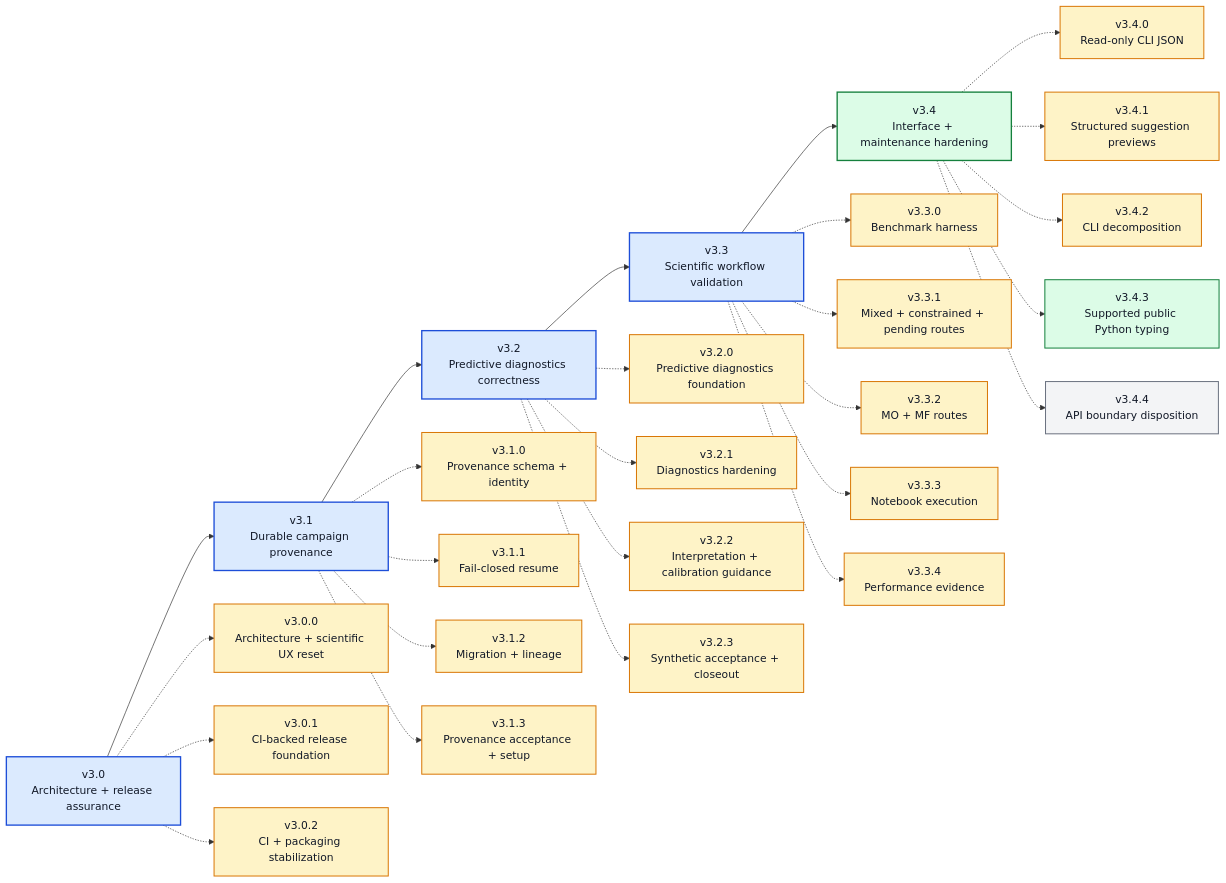
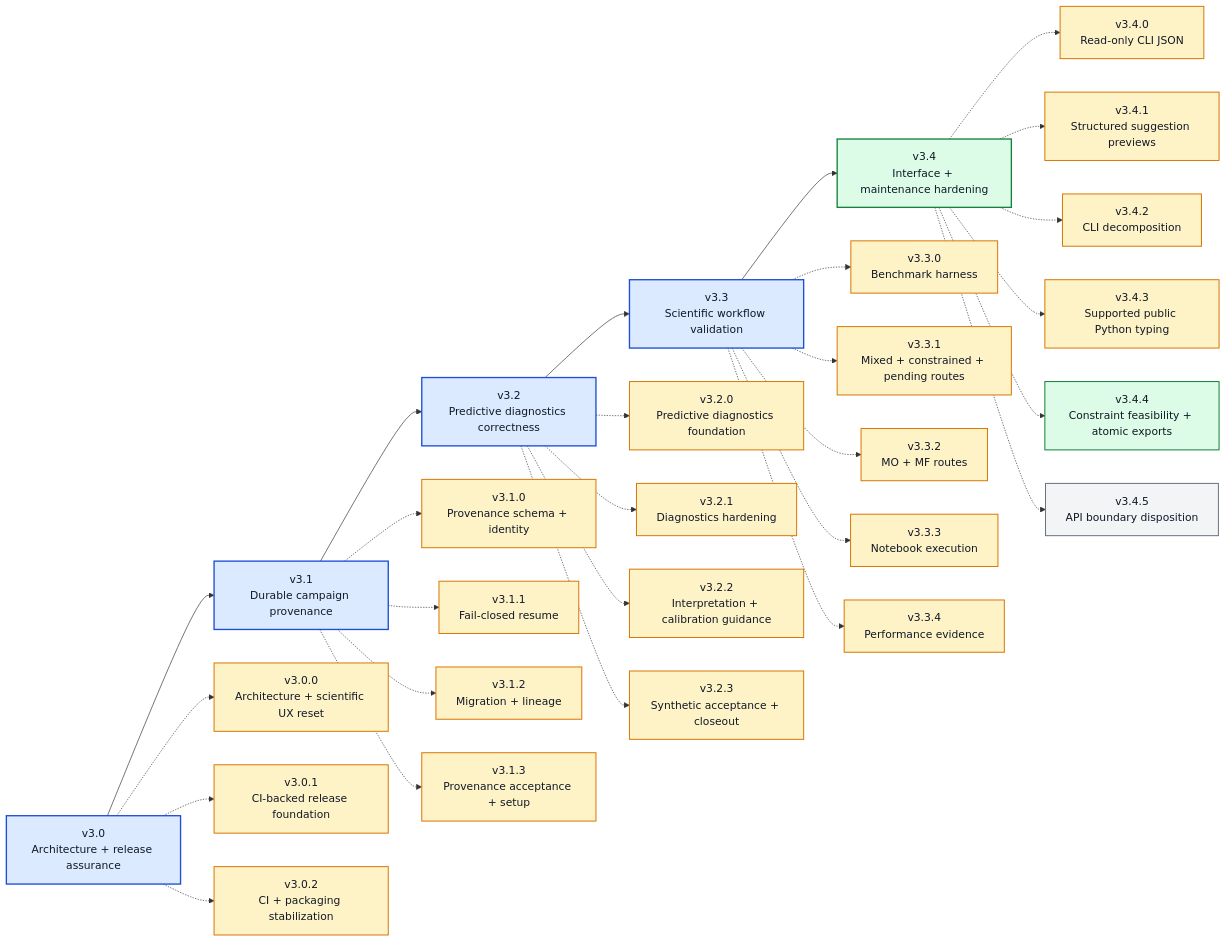
One commit to angzeli/bo-forge changed the diagram in ROADMAP_V3_X.md. Above: the diagram before and after it, drawn with Mermaid. The commit also changed other lines of this file and 17 other files, not shown here.

````diff
--- a/ROADMAP_V3_X.md
+++ b/ROADMAP_V3_X.md
@@ -37,69 +38,72 @@
 ```mermaid
 flowchart LR
     v30["v3.0<br/>Architecture + release assurance"] --> v31["v3.1<br/>Durable campaign provenance"] --> v32["v3.2<br/>Predictive diagnostics correctness"] --> v33["v3.3<br/>Scientific workflow validation"] --> v34["v3.4<br/>Interface + maintenance hardening"]
 
     v300["v3.0.0<br/>Architecture + scientific UX reset"]
     v301["v3.0.1<br/>CI-backed release foundation"]
     v302["v3.0.2<br/>CI + packaging stabilization"]
     v310["v3.1.0<br/>Provenance schema + identity"]
     v311["v3.1.1<br/>Fail-closed resume"]
     v312["v3.1.2<br/>Migration + lineage"]
     v313["v3.1.3<br/>Provenance acceptance + setup"]
     v320["v3.2.0<br/>Predictive diagnostics foundation"]
     v321["v3.2.1<br/>Diagnostics hardening"]
     v322["v3.2.2<br/>Interpretation + calibration guidance"]
     v323["v3.2.3<br/>Synthetic acceptance + closeout"]
     v330["v3.3.0<br/>Benchmark harness"]
     v331["v3.3.1<br/>Mixed + constrained + pending routes"]
     v332["v3.3.2<br/>MO + MF routes"]
     v333["v3.3.3<br/>Notebook execution"]
     v334["v3.3.4<br/>Performance evidence"]
     v340["v3.4.0<br/>Read-only CLI JSON"]
     v341["v3.4.1<br/>Structured suggestion previews"]
     v342["v3.4.2<br/>CLI decomposition"]
     v343["v3.4.3<br/>Supported public Python typing"]
-    v344["v3.4.4<br/>API boundary disposition"]
+    v344["v3.4.4<br/>Constraint feasibility + atomic exports"]
+    v345["v3.4.5<br/>API boundary disposition"]
 
     v30 -.-> v300
     v30 -.-> v301
     v30 -.-> v302
     v31 -.-> v310
     v31 -.-> v311
     v31 -.-> v312
     v31 -.-> v313
     v32 -.-> v320
     v32 -.-> v321
     v32 -.-> v322
     v32 -.-> v323
     v33 -.-> v330
     v33 -.-> v331
     v33 -.-> v332
     v33 -.-> v333
     v33 -.-> v334
     v34 -.-> v340
     v34 -.-> v341
     v34 -.-> v342
     v34 -.-> v343
     v34 -.-> v344
+    v34 -.-> v345
 
     class v30,v31,v32 majorDone
     class v33 majorDone
     class v34 majorActive
     class v300,v301,v302 patchDone
     class v310,v311,v312,v313 patchDone
     class v320,v321,v322,v323 patchDone
     class v330,v331,v332,v333 patchDone
     class v334 patchDone
     class v340 patchDone
     class v341 patchDone
     class v342 patchDone
-    class v343 patchActive
-    class v344 patchFuture
+    class v343 patchDone
+    class v344 patchActive
+    class v345 patchFuture
 
     classDef majorDone fill:#dbeafe,stroke:#1d4ed8,stroke-width:2px,color:#111827;
     classDef majorActive fill:#dcfce7,stroke:#15803d,stroke-width:2px,color:#111827;
     classDef majorFuture fill:#f3f4f6,stroke:#6b7280,stroke-width:2px,color:#111827;
     classDef patchDone fill:#fef3c7,stroke:#d97706,stroke-width:1.5px,color:#111827;
     classDef patchActive fill:#dcfce7,stroke:#15803d,stroke-width:1.5px,color:#111827;
     classDef patchFuture fill:#f3f4f6,stroke:#6b7280,stroke-width:1.5px,color:#111827;
 ```
````
